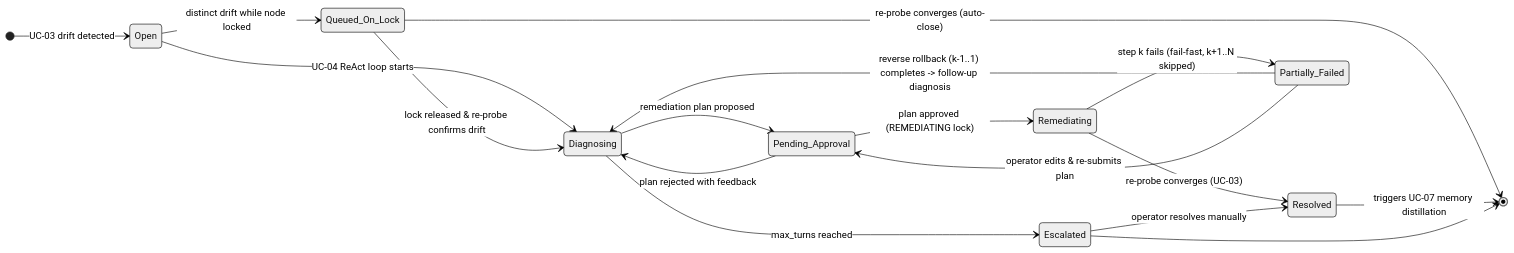
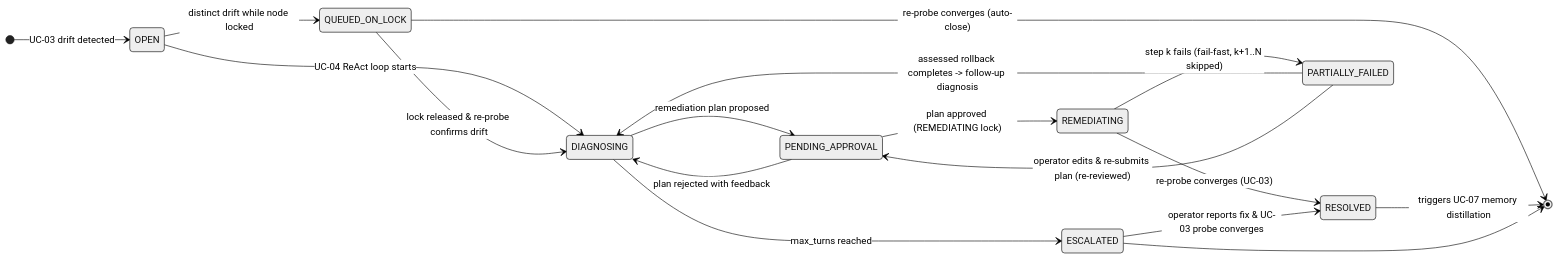
One commit to crane-fog/SAD-Proj changed the ninth of 15 diagrams in hw2/design.md. Above: the diagram before and after it, drawn with Mermaid (neutral theme). The commit also changed other lines of this file and 1 other file, not shown here.

````diff
--- a/hw2/design.md
+++ b/hw2/design.md
@@ -784,20 +803,20 @@
 ```mermaid
 stateDiagram-v2
     direction LR
-    [*] --> Open : UC-03 drift detected
-    Open --> Diagnosing : UC-04 ReAct loop starts
-    Diagnosing --> Pending_Approval : remediation plan proposed
-    Pending_Approval --> Diagnosing : plan rejected with feedback
-    Pending_Approval --> Remediating : plan approved (REMEDIATING lock)
-    Remediating --> Resolved : re-probe converges (UC-03)
-    Remediating --> Partially_Failed : step k fails (fail-fast, k+1..N skipped)
-    Partially_Failed --> Diagnosing : reverse rollback (k-1..1) completes -> follow-up diagnosis
-    Partially_Failed --> Pending_Approval : operator edits & re-submits plan
-    Diagnosing --> Escalated : max_turns reached
-    Escalated --> Resolved : operator resolves manually
-    Open --> Queued_On_Lock : distinct drift while node locked
-    Queued_On_Lock --> Diagnosing : lock released & re-probe confirms drift
-    Queued_On_Lock --> [*] : re-probe converges (auto-close)
-    Resolved --> [*] : triggers UC-07 memory distillation
-    Escalated --> [*]
+    [*] --> OPEN : UC-03 drift detected
+    OPEN --> DIAGNOSING : UC-04 ReAct loop starts
+    DIAGNOSING --> PENDING_APPROVAL : remediation plan proposed
+    PENDING_APPROVAL --> DIAGNOSING : plan rejected with feedback
+    PENDING_APPROVAL --> REMEDIATING : plan approved (REMEDIATING lock)
+    REMEDIATING --> RESOLVED : re-probe converges (UC-03)
+    REMEDIATING --> PARTIALLY_FAILED : step k fails (fail-fast, k+1..N skipped)
+    PARTIALLY_FAILED --> DIAGNOSING : assessed rollback completes -> follow-up diagnosis
+    PARTIALLY_FAILED --> PENDING_APPROVAL : operator edits & re-submits plan (re-reviewed)
+    DIAGNOSING --> ESCALATED : max_turns reached
+    ESCALATED --> RESOLVED : operator reports fix & UC-03 probe converges
+    OPEN --> QUEUED_ON_LOCK : distinct drift while node locked
+    QUEUED_ON_LOCK --> DIAGNOSING : lock released & re-probe confirms drift
+    QUEUED_ON_LOCK --> [*] : re-probe converges (auto-close)
+    RESOLVED --> [*] : triggers UC-07 memory distillation
+    ESCALATED --> [*]
 ```
````
